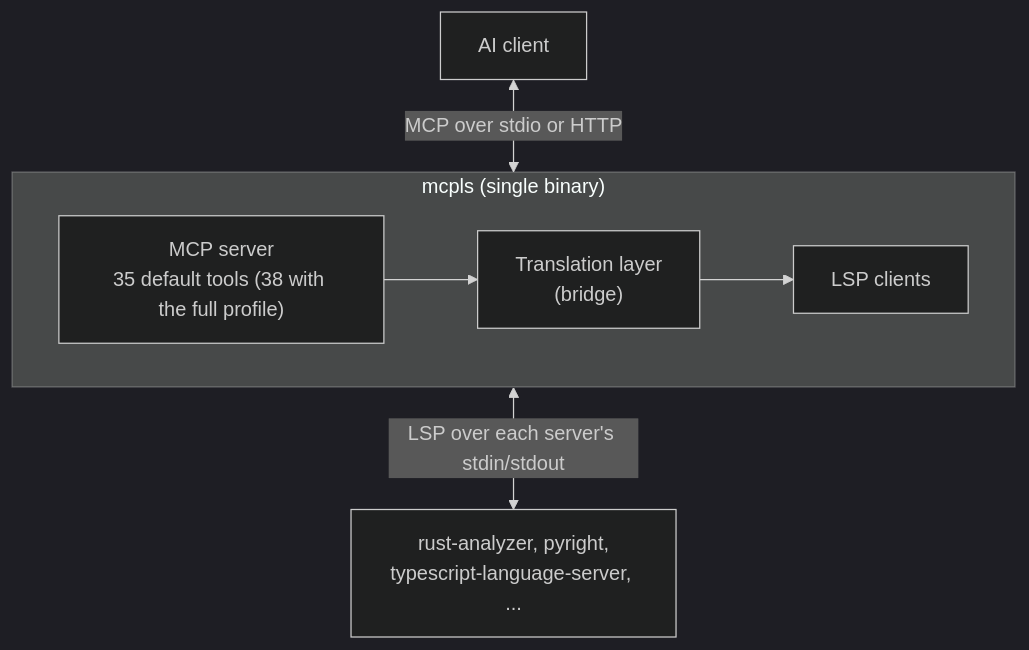
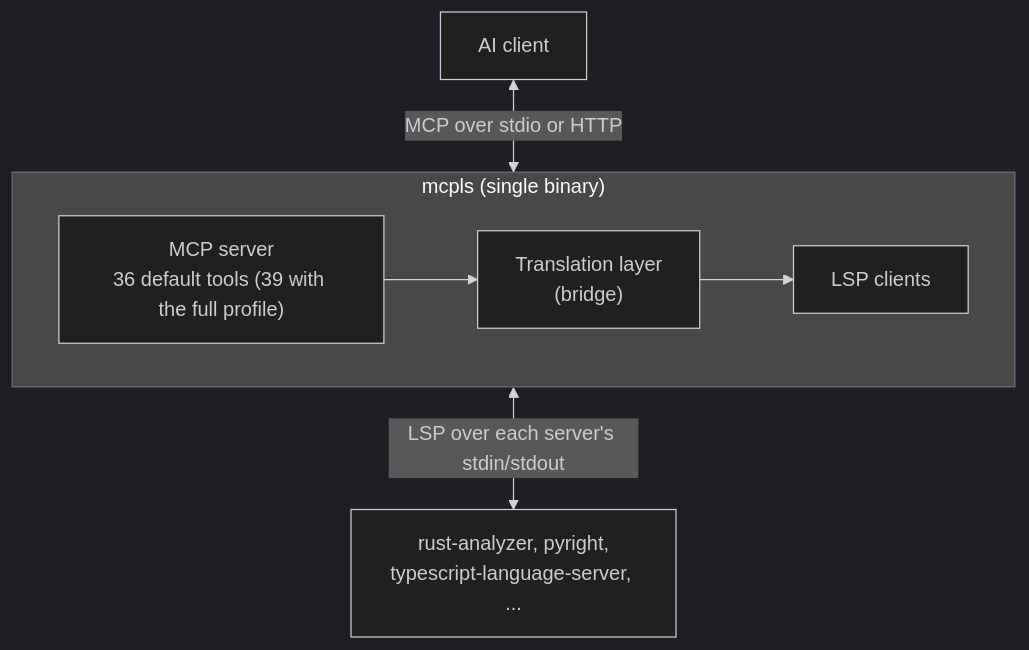
The first of 2 diagrams in book/src/advanced/architecture.md (insomnes/mcpls), drawn with Mermaid (dark theme) before and after one commit. The commit also changed 33 other files, not shown here.

````diff
--- a/book/src/advanced/architecture.md
+++ b/book/src/advanced/architecture.md
@@ -11,11 +11,11 @@
 ```mermaid
 flowchart TB
     Client["AI client"]
     subgraph mcpls["mcpls (single binary)"]
         direction LR
-        MCP["MCP server<br/>35 default tools (38 with the full profile)"] --> Bridge["Translation layer<br/>(bridge)"] --> LSPc["LSP clients"]
+        MCP["MCP server<br/>36 default tools (39 with the full profile)"] --> Bridge["Translation layer<br/>(bridge)"] --> LSPc["LSP clients"]
     end
     Servers["rust-analyzer, pyright,<br/>typescript-language-server, ..."]
     Client <-->|"MCP over stdio or HTTP"| MCP
     LSPc <-->|"LSP over each server's stdin/stdout"| Servers
 ```
````
